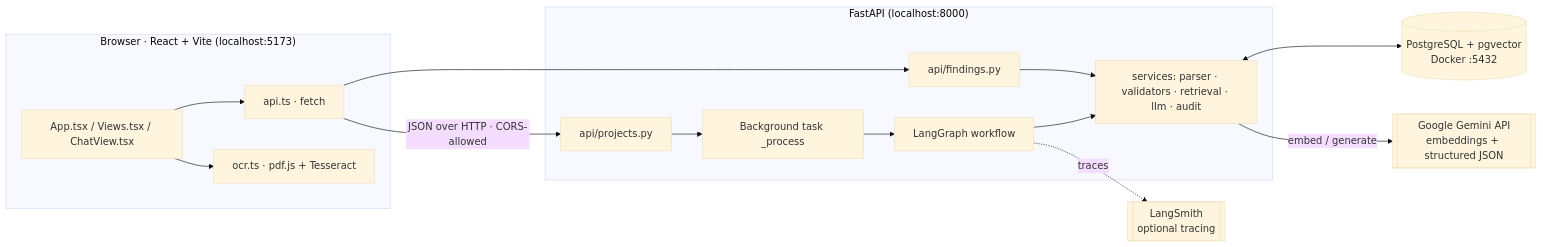
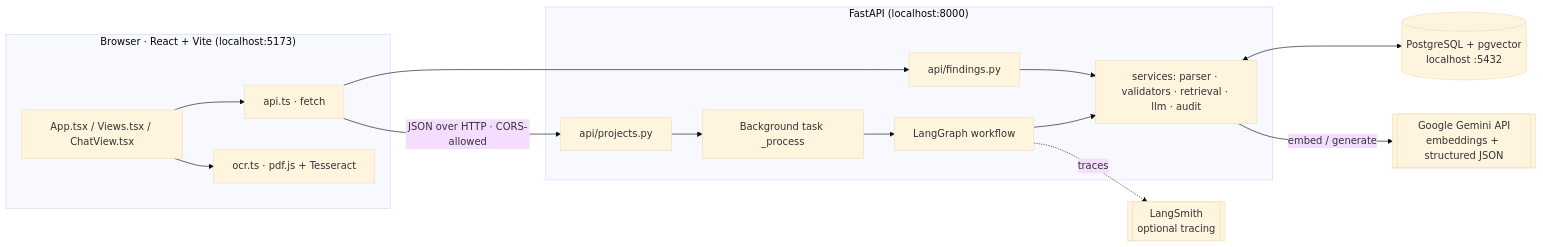
Before and after one commit to Abhinav-git1/FiberDoc_AI: the first of 3 diagrams in PROJECT_OVERVIEW.md, drawn with Mermaid (base theme). The commit also changed other lines of this file and 15 other files, not shown here.

````diff
--- a/PROJECT_OVERVIEW.md
+++ b/PROJECT_OVERVIEW.md
@@ -52,30 +52,30 @@
 ```mermaid
 flowchart LR
   subgraph Browser["Browser · React + Vite (localhost:5173)"]
     UI[App.tsx / Views.tsx / ChatView.tsx]
     API[api.ts · fetch]
     OCR[ocr.ts · pdf.js + Tesseract]
     UI --> API
     UI --> OCR
   end
 
   subgraph Server["FastAPI (localhost:8000)"]
     R1[api/projects.py]
     R2[api/findings.py]
     BG[Background task _process]
     WF[LangGraph workflow]
     SVC[services: parser · validators · retrieval · llm · audit]
     R1 --> BG --> WF --> SVC
     R2 --> SVC
   end
 
-  DB[(PostgreSQL + pgvector<br/>Docker :5432)]
+  DB[(PostgreSQL + pgvector<br/>localhost :5432)]
   GEM[[Google Gemini API<br/>embeddings + structured JSON]]
   LS[[LangSmith<br/>optional tracing]]
 
   API -- "JSON over HTTP · CORS-allowed" --> R1
   API --> R2
   SVC <--> DB
   SVC -- "embed / generate" --> GEM
   WF -.traces.-> LS
 ```
````
